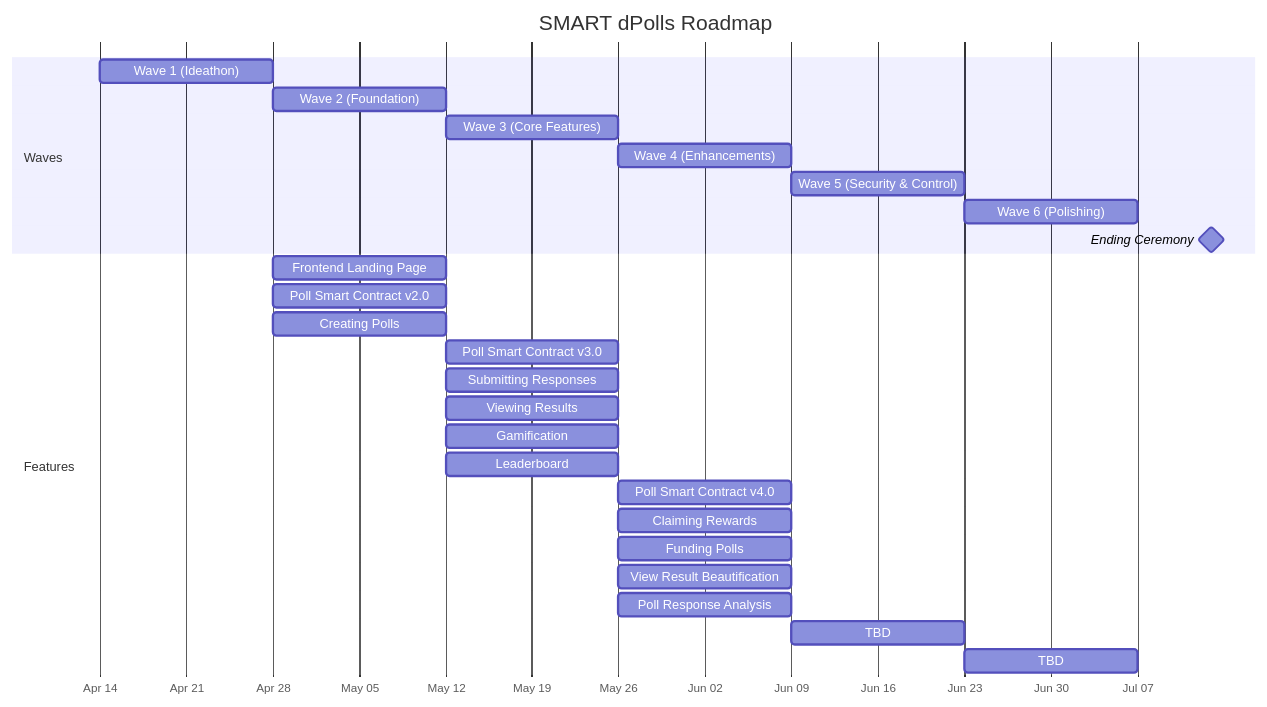
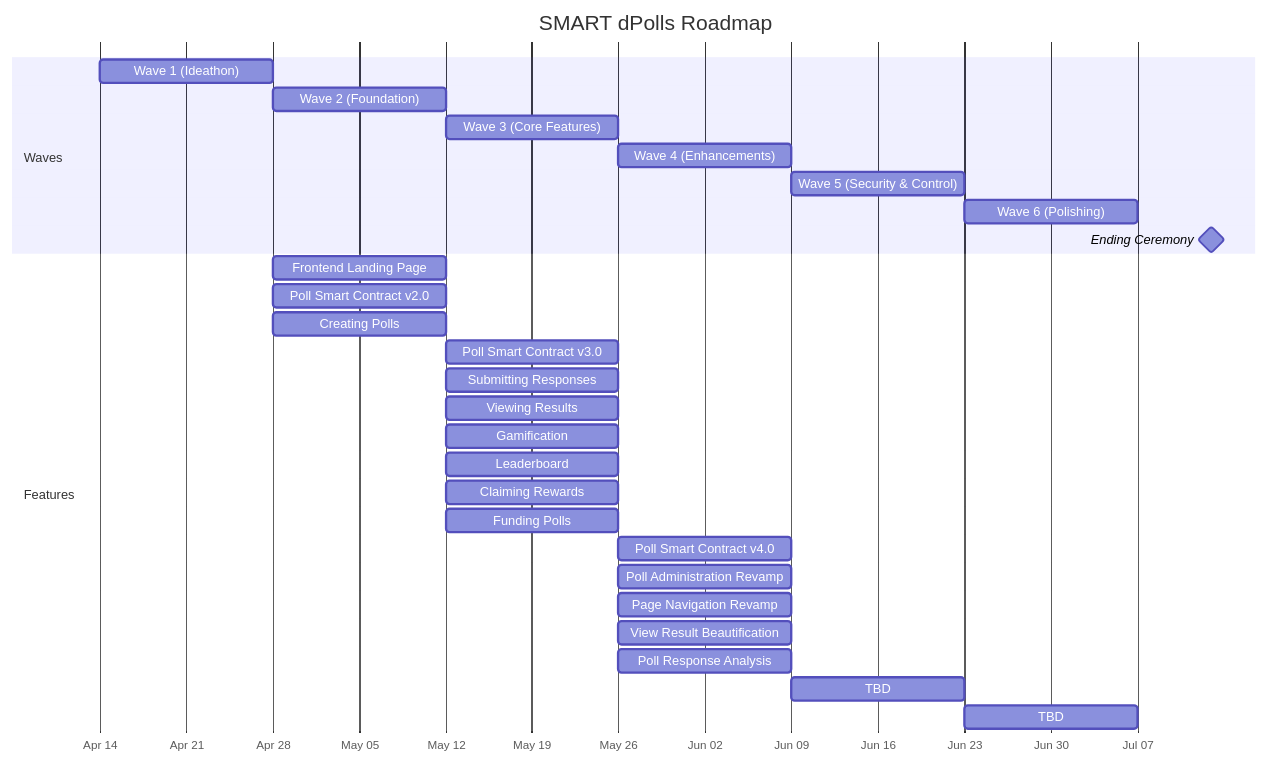
One commit to eastmaels/nero-polls-dapp changed the diagram in README.md. Above: the diagram before and after it, drawn with Mermaid.

````diff
--- a/README.md
+++ b/README.md
@@ -19,33 +19,35 @@
 ```mermaid
 %% Roadmap Timeline (Gantt Chart)
 gantt
     title SMART dPolls Roadmap
     dateFormat  YYYY-MM-DD
     axisFormat %b %d
 
     section Waves
     Wave 1 (Ideathon)          :a1, 2024-04-14, 14d
     Wave 2 (Foundation)        :a2, after a1, 14d
     Wave 3 (Core Features)     :a3, after a2, 14d
     Wave 4 (Enhancements)      :a4, after a3, 14d
     Wave 5 (Security & Control):a5, after a4, 14d
     Wave 6 (Polishing)         :a6, after a5, 14d
     Ending Ceremony            :milestone, 2024-07-13, 0d
 
     section Features
     Frontend Landing Page     :b1, 2024-04-28, 14d
     Poll Smart Contract v2.0  :b2, 2024-04-28, 14d
     Creating Polls            :b3, 2024-04-28, 14d
     Poll Smart Contract v3.0  :b4, 2024-05-12, 14d
     Submitting Responses      :b5, 2024-05-12, 14d
     Viewing Results           :b7, 2024-05-12, 14d
     Gamification              :b8, 2024-05-12, 14d
     Leaderboard               :b9, 2024-05-12, 14d
-    Poll Smart Contract v4.0  :b10, 2024-05-26, 14d
-    Claiming Rewards          :b11, 2024-05-26, 14d
-    Funding Polls             :b12, 2024-05-26, 14d
-    View Result Beautification :b13, 2024-05-26, 14d
-    Poll Response Analysis    :b14, 2024-05-26, 14d
-    TBD                       :b15, 2024-06-09, 14d
-    TBD                       :b16, 2024-06-23, 14d
+    Claiming Rewards          :b10, 2024-05-12, 14d
+    Funding Polls             :b11, 2024-05-12, 14d
+    Poll Smart Contract v4.0  :b12, 2024-05-26, 14d
+    Poll Administration Revamp :b13, 2024-05-26, 14d
+    Page Navigation Revamp     :b14, 2024-05-26, 14d
+    View Result Beautification :b15, 2024-05-26, 14d
+    Poll Response Analysis    :b16, 2024-05-26, 14d
+    TBD                       :b17, 2024-06-09, 14d
+    TBD                       :b18, 2024-06-23, 14d
 ```
````
